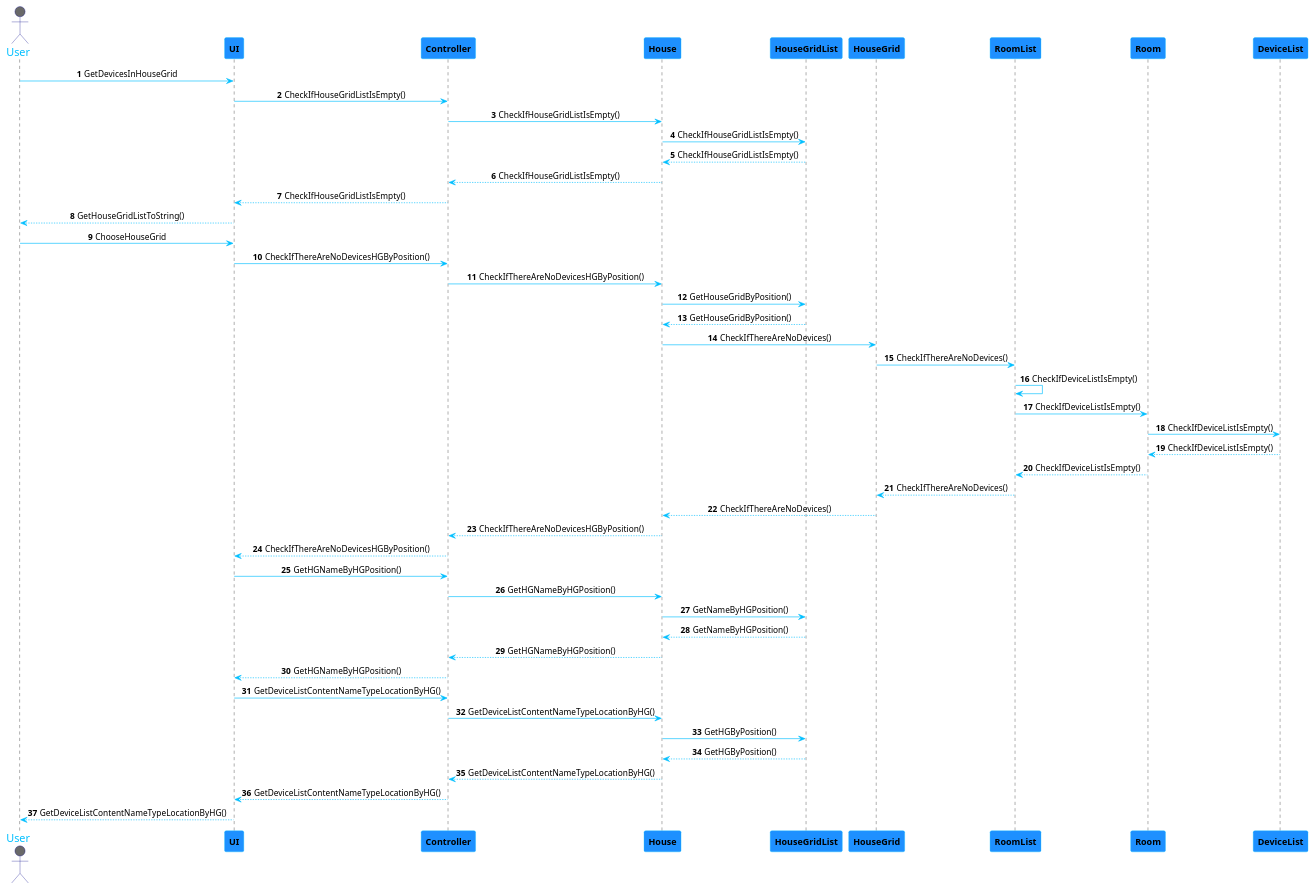
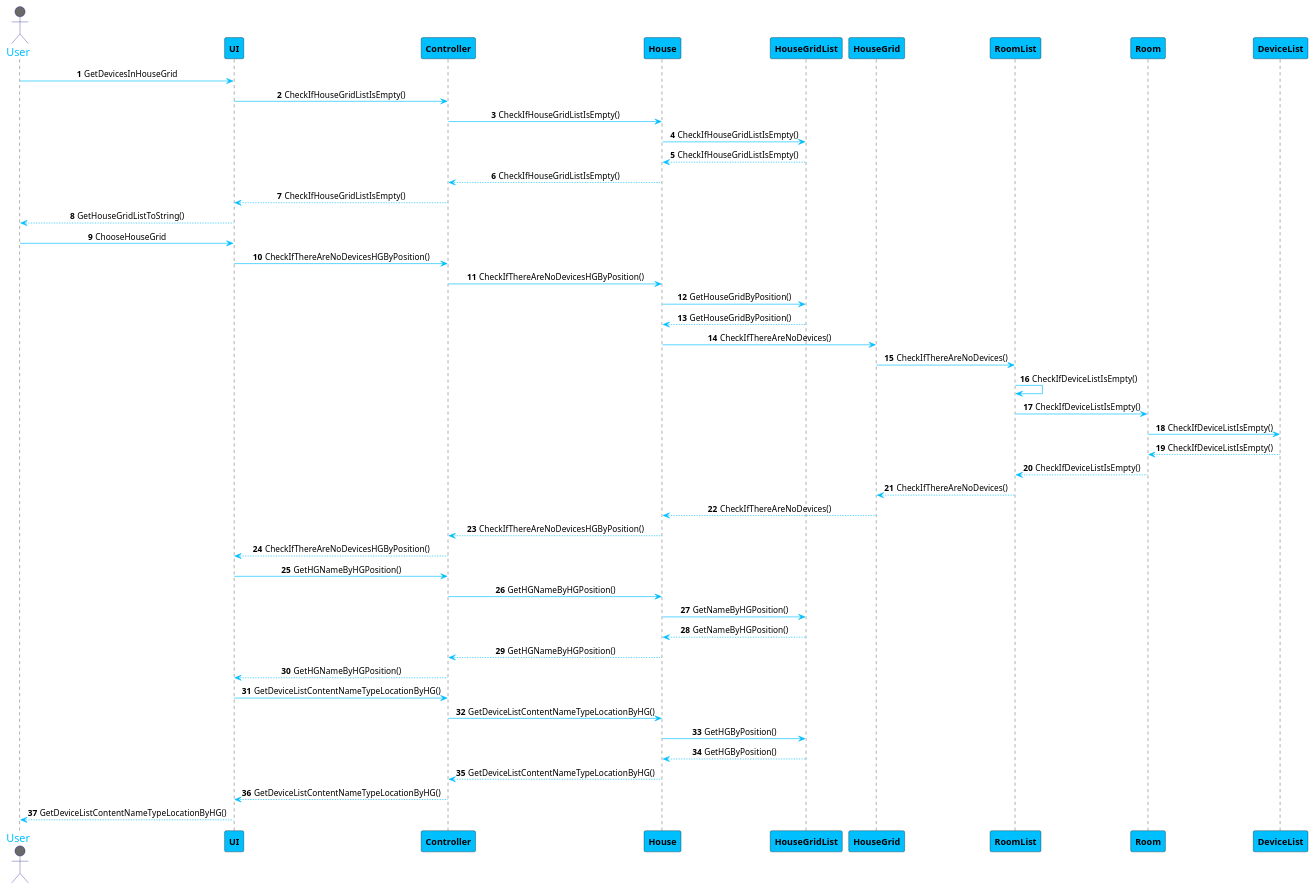
One commit to 1181687/hateoasToy changed the diagram in src/main/java/pt/ipp/isep/dei/project/controllers/GetDevicesInHouseGrid.puml. Above: the diagram before and after it, drawn with PlantUML. The commit also changed 4 other files, not shown here.

Commit message:
Changes to Sequence Diagrams (list of sensors/devices in Room, list of devices in HouseGrid, nominal power of grid/room)

```diff
--- a/src/main/java/pt/ipp/isep/dei/project/controllers/GetDevicesInHouseGrid.puml
+++ b/src/main/java/pt/ipp/isep/dei/project/controllers/GetDevicesInHouseGrid.puml
@@ -1,61 +1,61 @@
 @startuml
 skinparam sequenceMessageAlign center
 skinparam sequence {
 	ArrowColor DeepSkyBlue
 	ActorBorderColor DarkBlue
 	LifeLineBorderColor black
 	LifeLineBackgroundColor #A9DCDF
 
-	ParticipantBorderColor DeepSkyBlue
-	ParticipantBackgroundColor DodgerBlue
+	ParticipantBorderColor Black
+	ParticipantBackgroundColor DeepSkyBlue
 	ParticipantFontStyle Bold
 
 	ActorBackgroundColor DimGrey
 	ActorFontColor DeepSkyBlue
 	ActorFontSize 17
 	ActorFontName Aapex
 }
 
 autonumber
 actor User
 User -> UI: GetDevicesInHouseGrid
 UI -> Controller: CheckIfHouseGridListIsEmpty()
 Controller -> House: CheckIfHouseGridListIsEmpty()
 House -> HouseGridList: CheckIfHouseGridListIsEmpty()
 House <-- HouseGridList: CheckIfHouseGridListIsEmpty()
 Controller <-- House: CheckIfHouseGridListIsEmpty()
 UI <-- Controller: CheckIfHouseGridListIsEmpty()
 User <-- UI: GetHouseGridListToString()
 User -> UI: ChooseHouseGrid
 
 UI -> Controller: CheckIfThereAreNoDevicesHGByPosition()
 Controller -> House: CheckIfThereAreNoDevicesHGByPosition()
 House -> HouseGridList: GetHouseGridByPosition()
 House <-- HouseGridList: GetHouseGridByPosition()
 House -> HouseGrid: CheckIfThereAreNoDevices()
 HouseGrid -> RoomList: CheckIfThereAreNoDevices()
 RoomList -> RoomList: CheckIfDeviceListIsEmpty()
 RoomList -> Room: CheckIfDeviceListIsEmpty()
 Room -> DeviceList: CheckIfDeviceListIsEmpty()
 Room <-- DeviceList: CheckIfDeviceListIsEmpty()
 RoomList <-- Room: CheckIfDeviceListIsEmpty()
 HouseGrid <-- RoomList: CheckIfThereAreNoDevices()
 House <-- HouseGrid: CheckIfThereAreNoDevices()
 Controller <-- House: CheckIfThereAreNoDevicesHGByPosition()
 UI <-- Controller: CheckIfThereAreNoDevicesHGByPosition()
 
 UI -> Controller: GetHGNameByHGPosition()
 Controller -> House: GetHGNameByHGPosition()
 House -> HouseGridList: GetNameByHGPosition()
 House <-- HouseGridList: GetNameByHGPosition()
 Controller <-- House: GetHGNameByHGPosition()
 UI <-- Controller: GetHGNameByHGPosition()
 
 UI -> Controller: GetDeviceListContentNameTypeLocationByHG()
 Controller -> House: GetDeviceListContentNameTypeLocationByHG()
 House -> HouseGridList: GetHGByPosition()
 House <-- HouseGridList: GetHGByPosition()
 Controller <-- House: GetDeviceListContentNameTypeLocationByHG()
 UI <-- Controller: GetDeviceListContentNameTypeLocationByHG()
 User <-- UI: GetDeviceListContentNameTypeLocationByHG()
 @enduml
```
